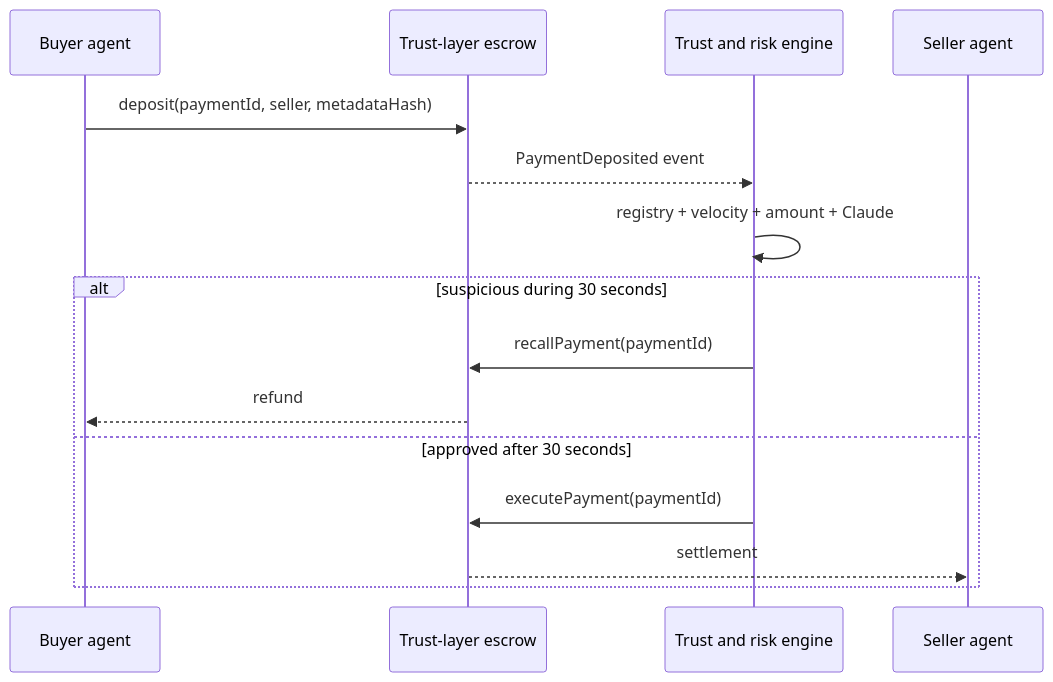
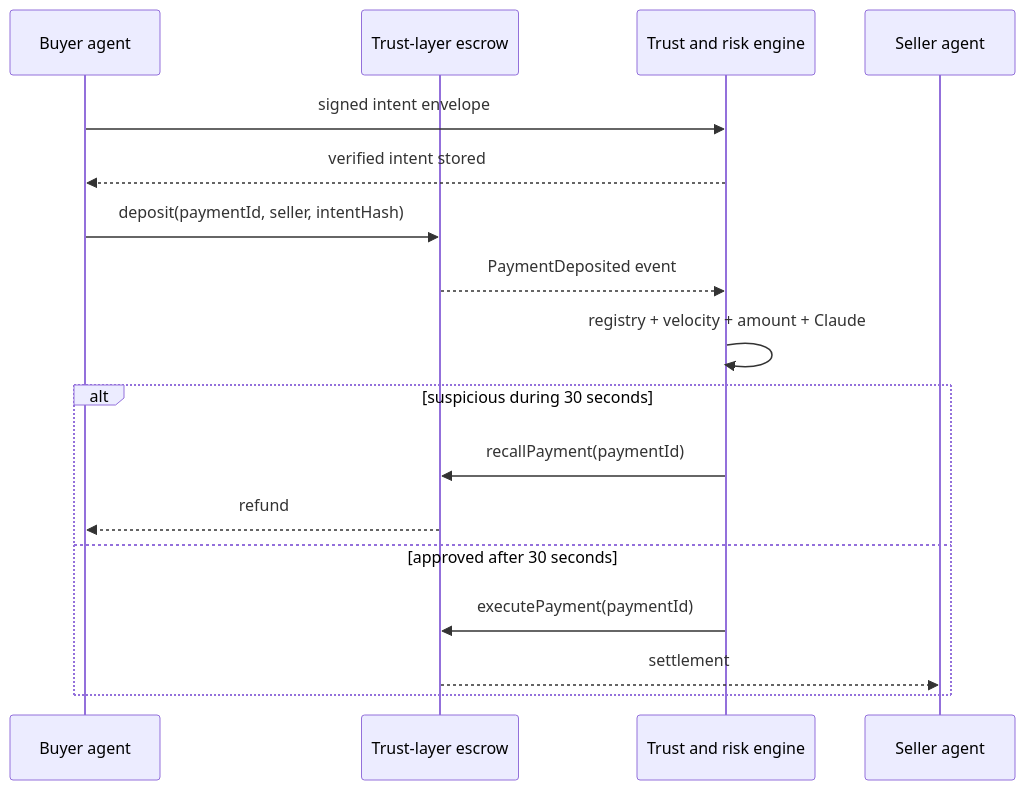
Before and after one commit to DinglyCoder/agentic-payment-layer: the diagram in README.md, drawn with Mermaid. The commit also changed other lines of this file and 21 other files, not shown here.

Commit message:
Implement roadmap week 1 reliability

````diff
--- a/README.md
+++ b/README.md
@@ -23,17 +27,19 @@
 ```mermaid
 sequenceDiagram
     participant A as Buyer agent
     participant E as Trust-layer escrow
     participant T as Trust and risk engine
     participant B as Seller agent
-    A->>E: deposit(paymentId, seller, metadataHash)
+    A->>T: signed intent envelope
+    T-->>A: verified intent stored
+    A->>E: deposit(paymentId, seller, intentHash)
     E-->>T: PaymentDeposited event
     T->>T: registry + velocity + amount + Claude
     alt suspicious during 30 seconds
         T->>E: recallPayment(paymentId)
         E-->>A: refund
     else approved after 30 seconds
         T->>E: executePayment(paymentId)
         E-->>B: settlement
     end
 ```
````
